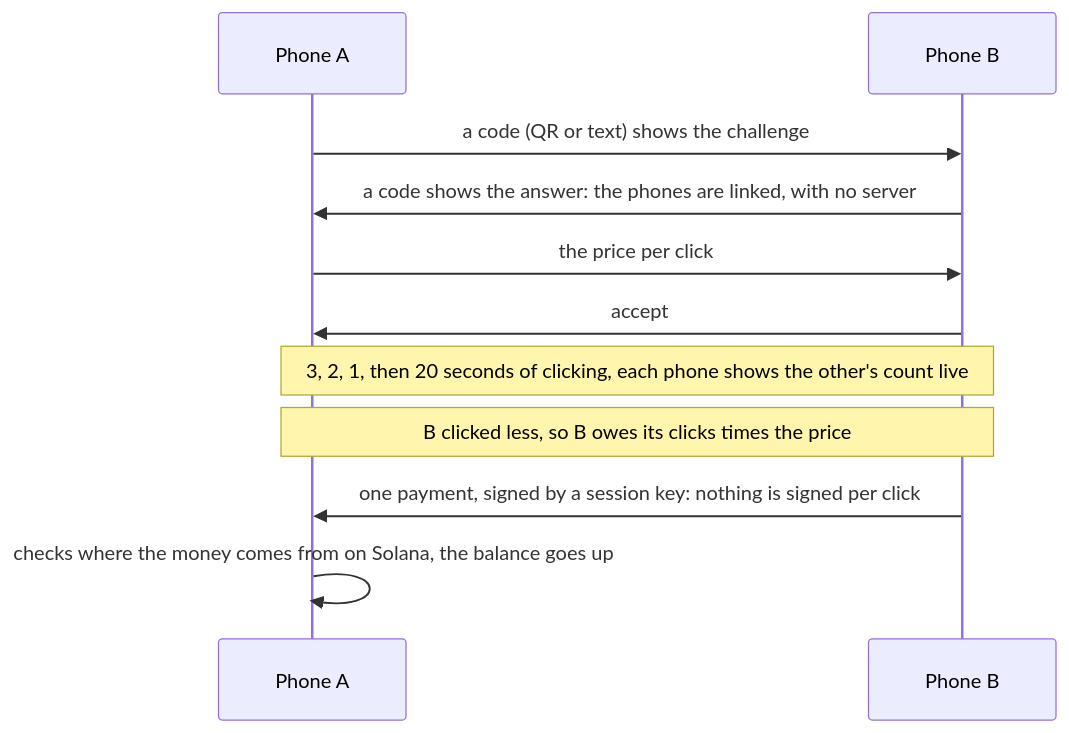
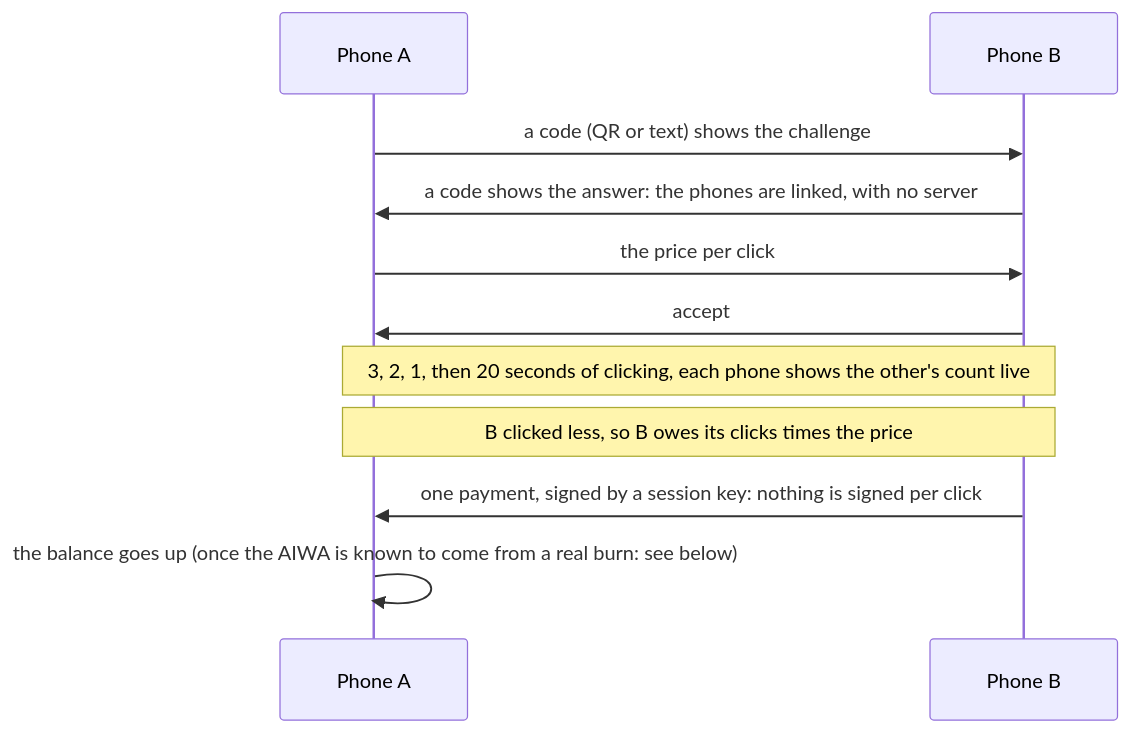
Diagram 13 of 13 in docs/EXPLAINED.md (theodoreyong9/Aiwa_store), drawn with Mermaid before and after one commit. The commit also changed other lines of this file and 12 other files, not shown here.

First line of the commit message:
Everything starts at the bottom of the page; the duel says plainly where Solana comes in

````diff
--- a/docs/EXPLAINED.md
+++ b/docs/EXPLAINED.md
@@ -430,13 +430,13 @@
 ```mermaid
 sequenceDiagram
   participant A as Phone A
   participant B as Phone B
   A->>B: a code (QR or text) shows the challenge
   B->>A: a code shows the answer: the phones are linked, with no server
   A->>B: the price per click
   B->>A: accept
   Note over A,B: 3, 2, 1, then 20 seconds of clicking, each phone shows the other's count live
   Note over A,B: B clicked less, so B owes its clicks times the price
   B->>A: one payment, signed by a session key: nothing is signed per click
-  A->>A: checks where the money comes from on Solana, the balance goes up
+  A->>A: the balance goes up (once the AIWA is known to come from a real burn: see below)
 ```
````
